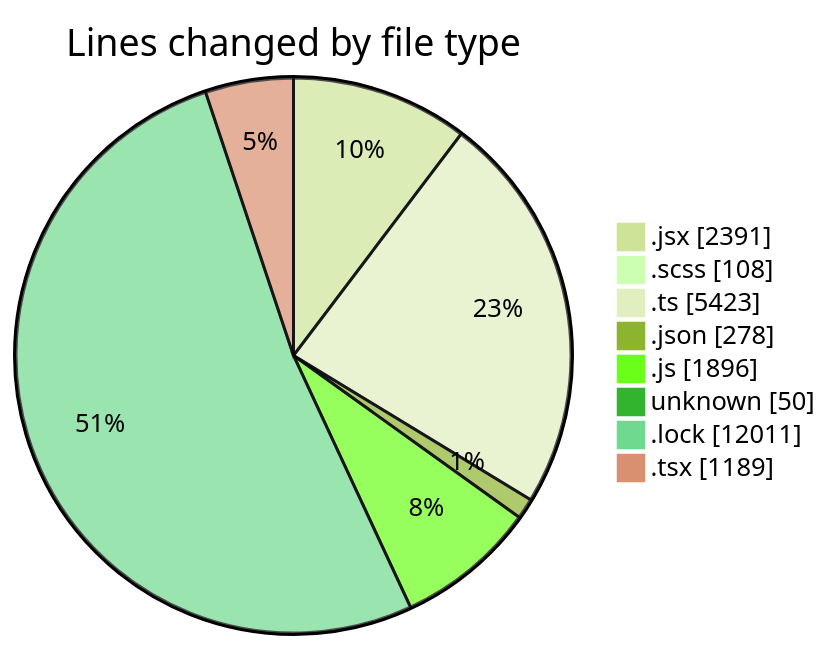
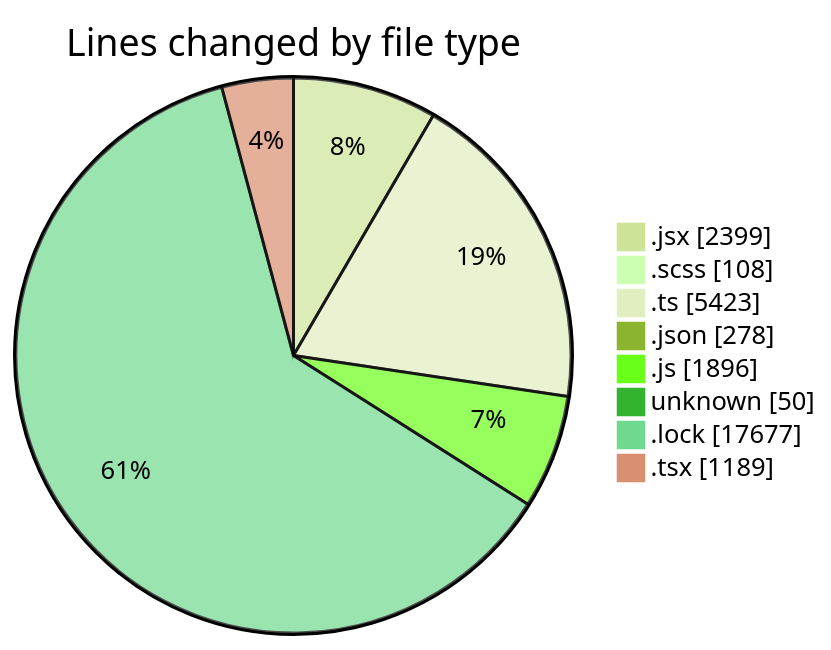
The first of 2 diagrams in 2026-09-01/cda/README.md (momahboobian/code-tracking), drawn with Mermaid (forest theme) before and after one commit. The commit also changed other lines of this file and 1 other file, not shown here.

````diff
--- a/2026-09-01/cda/README.md
+++ b/2026-09-01/cda/README.md
@@ -75,12 +75,12 @@
 ```mermaid
 pie showData
 title Lines changed by file type
-".jsx" : 2391
+".jsx" : 2399
 ".scss" : 108
 ".ts" : 5423
 ".json" : 278
 ".js" : 1896
 "unknown" : 50
-".lock" : 12011
+".lock" : 17677
 ".tsx" : 1189
 ```
````
